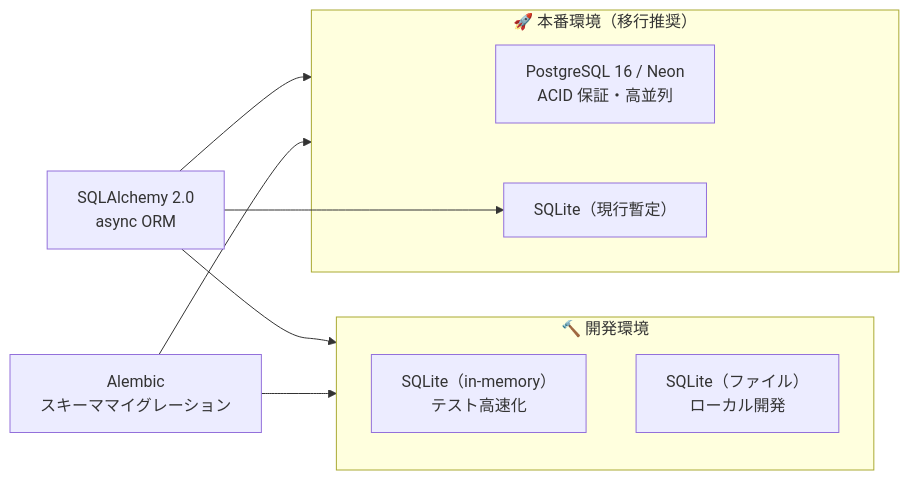
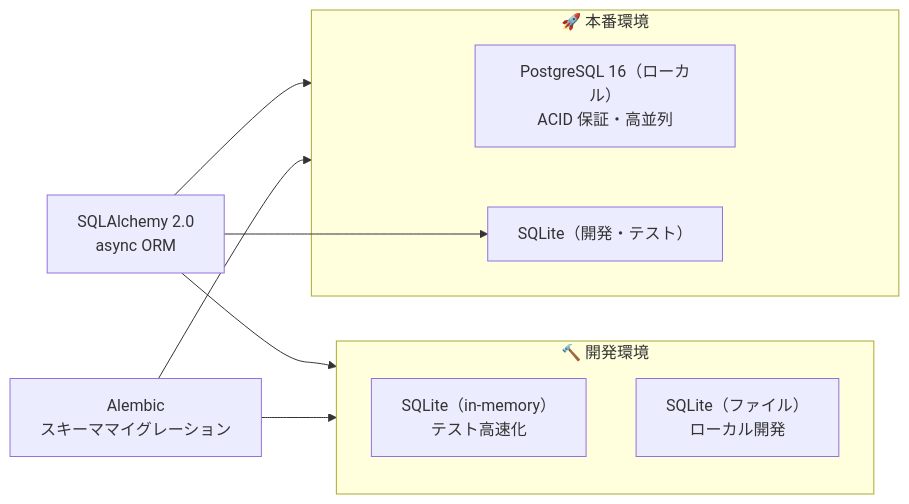
Before and after one commit to Kensan196948G/CivilPDF-DX: the fifth of 11 diagrams in docs/tech-stack.md, drawn with Mermaid. The commit also changed other lines of this file and 84 other files, not shown here.

````diff
--- a/docs/tech-stack.md
+++ b/docs/tech-stack.md
@@ -229,18 +229,18 @@
 ```mermaid
 graph LR
     subgraph DEV["🔨 開発環境"]
         SQLITE_DEV["SQLite（in-memory）\nテスト高速化"]
         SQLITE_FILE["SQLite（ファイル）\nローカル開発"]
     end
 
-    subgraph PROD["🚀 本番環境（移行推奨）"]
-        POSTGRES["PostgreSQL 16 / Neon\nACID 保証・高並列"]
-        SQLITE_PROD["SQLite（現行暫定）"]
+    subgraph PROD["🚀 本番環境"]
+        POSTGRES["PostgreSQL 16（ローカル）\nACID 保証・高並列"]
+        SQLITE_PROD["SQLite（開発・テスト）"]
     end
 
     ORM["SQLAlchemy 2.0\nasync ORM"] --> DEV
     ORM --> SQLITE_PROD
     ORM --> PROD
     ALEMBIC["Alembic\nスキーママイグレーション"] --> DEV
     ALEMBIC --> PROD
 ```
````
